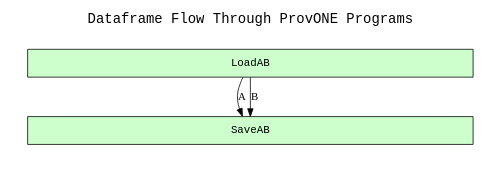
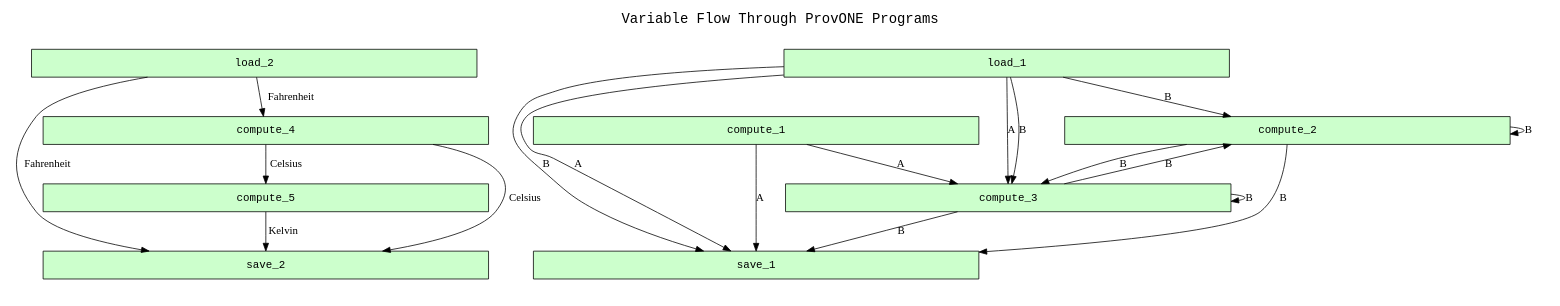
Before and after one commit to CIRSS/sdtl-provone: the diagram in examples/06-provone-construct/outputs/GRAPH-2.gv, drawn with Graphviz. The commit also changed 7 other files, not shown here.

```diff
--- a/examples/06-provone-construct/outputs/GRAPH-2.gv
+++ b/examples/06-provone-construct/outputs/GRAPH-2.gv
@@ -1,23 +1,46 @@
 
 digraph provone_workflow {
 rankdir=TB
 
 fontname=Courier; fontsize=18; labelloc=t
-label="Dataframe Flow Through ProvONE Programs"
+label="Variable Flow Through ProvONE Programs"
 
 subgraph cluster_program_graph { label=""; color=white; penwidth=0
 subgraph cluster_program_graph_inner { label=""; color=white
 
 # program nodes
 node[shape=box style="filled" fillcolor="#CCFFCC" peripheries=1 fontname=Courier]
 node[width=8]
 
-"http://wholetale.org/program/1119/step/1" [label="LoadAB"]
-"http://wholetale.org/program/1119/step/8" [label="SaveAB"]
+"http://wholetale.org/program/1119/step/1" [label="load_1"]
+"http://wholetale.org/program/1119/step/2" [label="compute_1"]
+"http://wholetale.org/program/1119/step/3" [label="compute_2"]
+"http://wholetale.org/program/1119/step/4" [label="compute_3"]
+"http://wholetale.org/program/1119/step/5" [label="load_2"]
+"http://wholetale.org/program/1119/step/6" [label="compute_4"]
+"http://wholetale.org/program/1119/step/7" [label="compute_5"]
+"http://wholetale.org/program/1119/step/8" [label="save_1"]
+"http://wholetale.org/program/1119/step/9" [label="save_2"]
 
 # dataframe channels
+"http://wholetale.org/program/1119/step/1" -> "http://wholetale.org/program/1119/step/3" [label="B"]
+"http://wholetale.org/program/1119/step/3" -> "http://wholetale.org/program/1119/step/3" [label="B"]
+"http://wholetale.org/program/1119/step/4" -> "http://wholetale.org/program/1119/step/3" [label="B"]
+"http://wholetale.org/program/1119/step/1" -> "http://wholetale.org/program/1119/step/4" [label="A"]
+"http://wholetale.org/program/1119/step/2" -> "http://wholetale.org/program/1119/step/4" [label="A"]
+"http://wholetale.org/program/1119/step/1" -> "http://wholetale.org/program/1119/step/4" [label="B"]
+"http://wholetale.org/program/1119/step/3" -> "http://wholetale.org/program/1119/step/4" [label="B"]
+"http://wholetale.org/program/1119/step/4" -> "http://wholetale.org/program/1119/step/4" [label="B"]
+"http://wholetale.org/program/1119/step/5" -> "http://wholetale.org/program/1119/step/6" [label="Fahrenheit"]
+"http://wholetale.org/program/1119/step/6" -> "http://wholetale.org/program/1119/step/7" [label="Celsius"]
 "http://wholetale.org/program/1119/step/1" -> "http://wholetale.org/program/1119/step/8" [label="A"]
+"http://wholetale.org/program/1119/step/2" -> "http://wholetale.org/program/1119/step/8" [label="A"]
 "http://wholetale.org/program/1119/step/1" -> "http://wholetale.org/program/1119/step/8" [label="B"]
+"http://wholetale.org/program/1119/step/3" -> "http://wholetale.org/program/1119/step/8" [label="B"]
+"http://wholetale.org/program/1119/step/4" -> "http://wholetale.org/program/1119/step/8" [label="B"]
+"http://wholetale.org/program/1119/step/6" -> "http://wholetale.org/program/1119/step/9" [label="Celsius"]
+"http://wholetale.org/program/1119/step/5" -> "http://wholetale.org/program/1119/step/9" [label="Fahrenheit"]
+"http://wholetale.org/program/1119/step/7" -> "http://wholetale.org/program/1119/step/9" [label="Kelvin"]
 }}
 
 }
```
